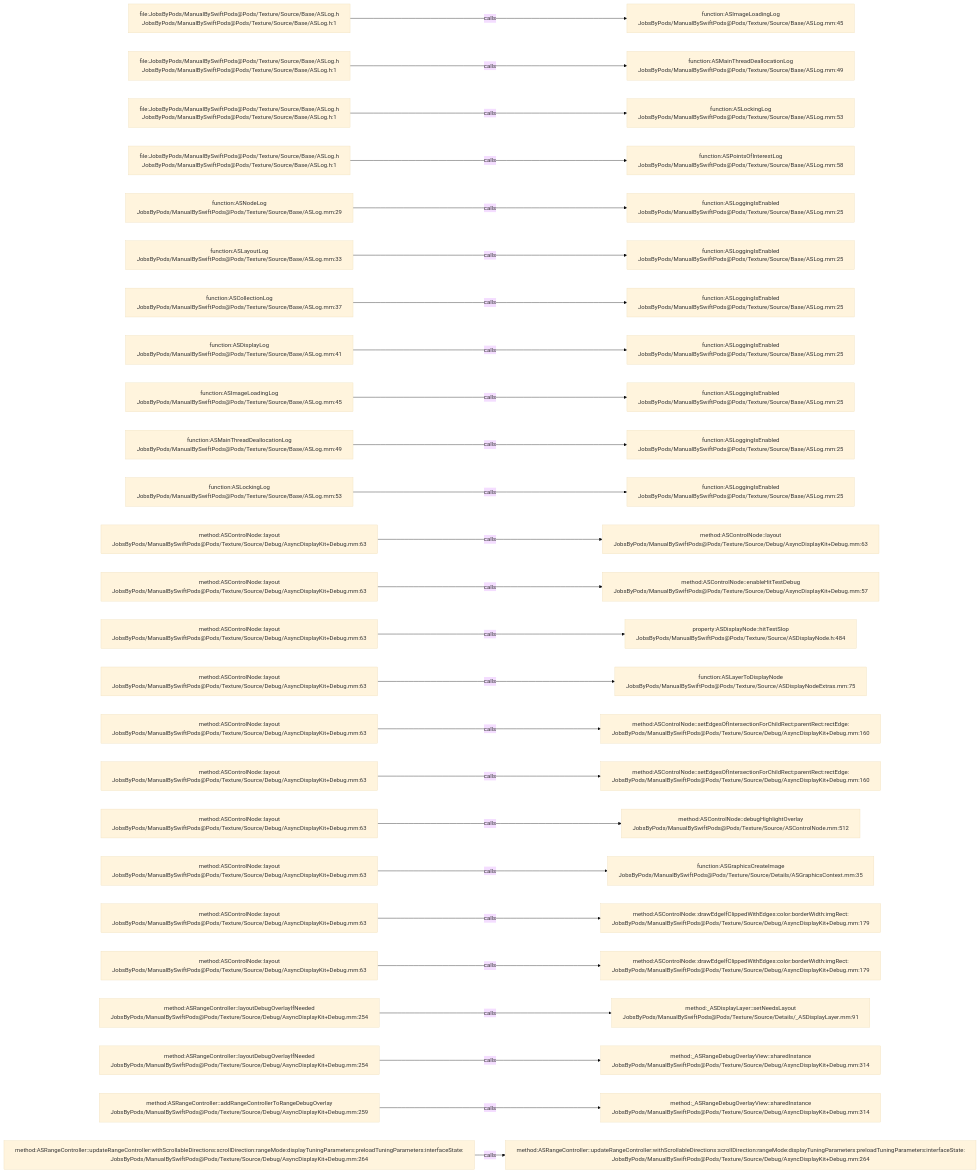
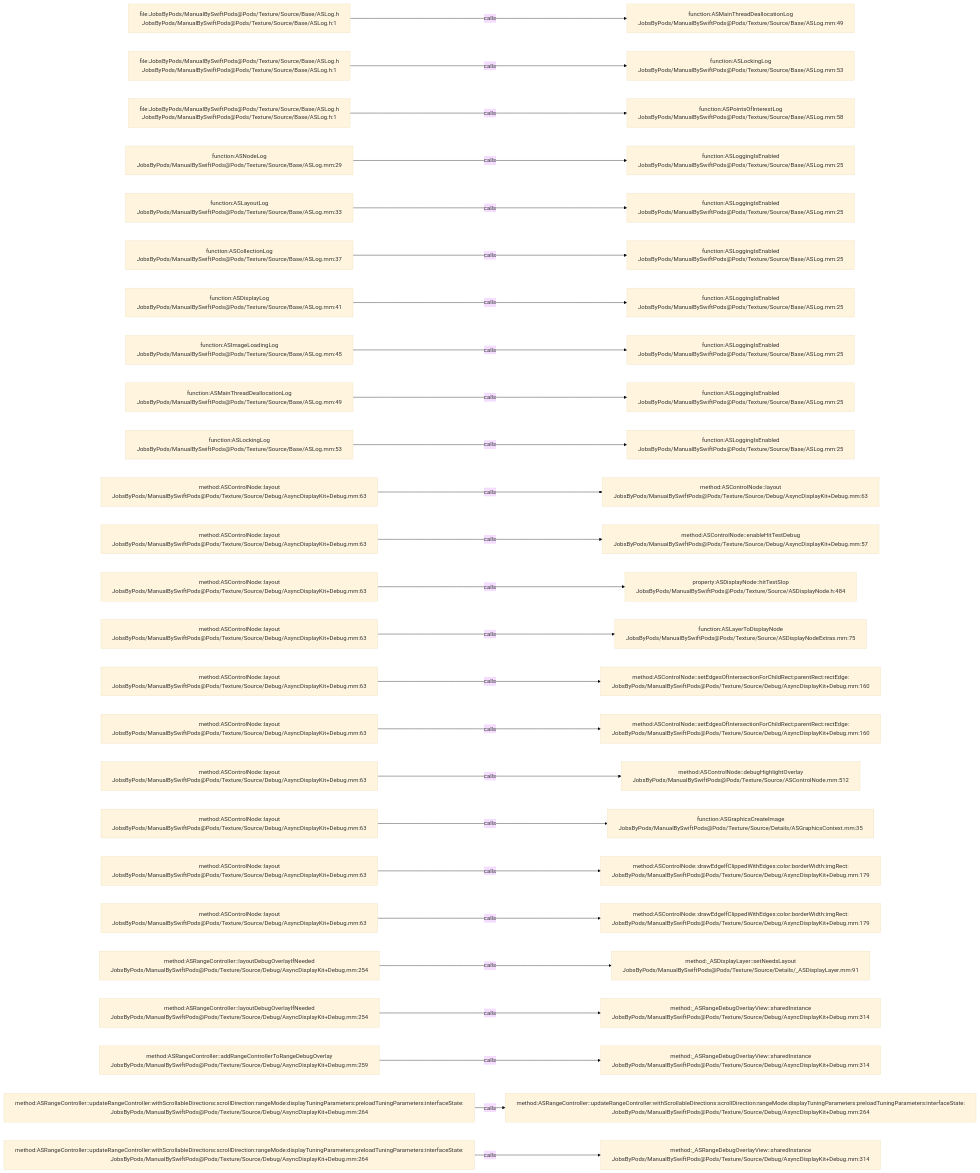
One commit to JobsKits/JobsSwiftBaseConfigDemo changed the diagram in .codegraph/codegraph.md/graphs/calls-079.md. Above: the diagram before and after it, drawn with Mermaid (base theme). The commit also changed 747 other files, not shown here.

````diff
--- a/.codegraph/codegraph.md/graphs/calls-079.md
+++ b/.codegraph/codegraph.md/graphs/calls-079.md
@@ -13,78 +13,78 @@
 ```mermaid
 flowchart LR
   S1["file:JobsByPods/ManualBySwiftPods@Pods/Texture/Source/Base/ASLog.h<br/>JobsByPods/ManualBySwiftPods@Pods/Texture/Source/Base/ASLog.h:1"]
-  T1["function:ASImageLoadingLog<br/>JobsByPods/ManualBySwiftPods@Pods/Texture/Source/Base/ASLog.mm:45"]
+  T1["function:ASMainThreadDeallocationLog<br/>JobsByPods/ManualBySwiftPods@Pods/Texture/Source/Base/ASLog.mm:49"]
   S1 -->|calls| T1
   S2["file:JobsByPods/ManualBySwiftPods@Pods/Texture/Source/Base/ASLog.h<br/>JobsByPods/ManualBySwiftPods@Pods/Texture/Source/Base/ASLog.h:1"]
-  T2["function:ASMainThreadDeallocationLog<br/>JobsByPods/ManualBySwiftPods@Pods/Texture/Source/Base/ASLog.mm:49"]
+  T2["function:ASLockingLog<br/>JobsByPods/ManualBySwiftPods@Pods/Texture/Source/Base/ASLog.mm:53"]
   S2 -->|calls| T2
   S3["file:JobsByPods/ManualBySwiftPods@Pods/Texture/Source/Base/ASLog.h<br/>JobsByPods/ManualBySwiftPods@Pods/Texture/Source/Base/ASLog.h:1"]
-  T3["function:ASLockingLog<br/>JobsByPods/ManualBySwiftPods@Pods/Texture/Source/Base/ASLog.mm:53"]
+  T3["function:ASPointsOfInterestLog<br/>JobsByPods/ManualBySwiftPods@Pods/Texture/Source/Base/ASLog.mm:58"]
   S3 -->|calls| T3
-  S4["file:JobsByPods/ManualBySwiftPods@Pods/Texture/Source/Base/ASLog.h<br/>JobsByPods/ManualBySwiftPods@Pods/Texture/Source/Base/ASLog.h:1"]
-  T4["function:ASPointsOfInterestLog<br/>JobsByPods/ManualBySwiftPods@Pods/Texture/Source/Base/ASLog.mm:58"]
+  S4["function:ASNodeLog<br/>JobsByPods/ManualBySwiftPods@Pods/Texture/Source/Base/ASLog.mm:29"]
+  T4["function:ASLoggingIsEnabled<br/>JobsByPods/ManualBySwiftPods@Pods/Texture/Source/Base/ASLog.mm:25"]
   S4 -->|calls| T4
-  S5["function:ASNodeLog<br/>JobsByPods/ManualBySwiftPods@Pods/Texture/Source/Base/ASLog.mm:29"]
+  S5["function:ASLayoutLog<br/>JobsByPods/ManualBySwiftPods@Pods/Texture/Source/Base/ASLog.mm:33"]
   T5["function:ASLoggingIsEnabled<br/>JobsByPods/ManualBySwiftPods@Pods/Texture/Source/Base/ASLog.mm:25"]
   S5 -->|calls| T5
-  S6["function:ASLayoutLog<br/>JobsByPods/ManualBySwiftPods@Pods/Texture/Source/Base/ASLog.mm:33"]
+  S6["function:ASCollectionLog<br/>JobsByPods/ManualBySwiftPods@Pods/Texture/Source/Base/ASLog.mm:37"]
   T6["function:ASLoggingIsEnabled<br/>JobsByPods/ManualBySwiftPods@Pods/Texture/Source/Base/ASLog.mm:25"]
   S6 -->|calls| T6
-  S7["function:ASCollectionLog<br/>JobsByPods/ManualBySwiftPods@Pods/Texture/Source/Base/ASLog.mm:37"]
+  S7["function:ASDisplayLog<br/>JobsByPods/ManualBySwiftPods@Pods/Texture/Source/Base/ASLog.mm:41"]
   T7["function:ASLoggingIsEnabled<br/>JobsByPods/ManualBySwiftPods@Pods/Texture/Source/Base/ASLog.mm:25"]
   S7 -->|calls| T7
-  S8["function:ASDisplayLog<br/>JobsByPods/ManualBySwiftPods@Pods/Texture/Source/Base/ASLog.mm:41"]
+  S8["function:ASImageLoadingLog<br/>JobsByPods/ManualBySwiftPods@Pods/Texture/Source/Base/ASLog.mm:45"]
   T8["function:ASLoggingIsEnabled<br/>JobsByPods/ManualBySwiftPods@Pods/Texture/Source/Base/ASLog.mm:25"]
   S8 -->|calls| T8
-  S9["function:ASImageLoadingLog<br/>JobsByPods/ManualBySwiftPods@Pods/Texture/Source/Base/ASLog.mm:45"]
+  S9["function:ASMainThreadDeallocationLog<br/>JobsByPods/ManualBySwiftPods@Pods/Texture/Source/Base/ASLog.mm:49"]
   T9["function:ASLoggingIsEnabled<br/>JobsByPods/ManualBySwiftPods@Pods/Texture/Source/Base/ASLog.mm:25"]
   S9 -->|calls| T9
-  S10["function:ASMainThreadDeallocationLog<br/>JobsByPods/ManualBySwiftPods@Pods/Texture/Source/Base/ASLog.mm:49"]
+  S10["function:ASLockingLog<br/>JobsByPods/ManualBySwiftPods@Pods/Texture/Source/Base/ASLog.mm:53"]
   T10["function:ASLoggingIsEnabled<br/>JobsByPods/ManualBySwiftPods@Pods/Texture/Source/Base/ASLog.mm:25"]
   S10 -->|calls| T10
-  S11["function:ASLockingLog<br/>JobsByPods/ManualBySwiftPods@Pods/Texture/Source/Base/ASLog.mm:53"]
-  T11["function:ASLoggingIsEnabled<br/>JobsByPods/ManualBySwiftPods@Pods/Texture/Source/Base/ASLog.mm:25"]
+  S11["method:ASControlNode::layout<br/>JobsByPods/ManualBySwiftPods@Pods/Texture/Source/Debug/AsyncDisplayKit+Debug.mm:63"]
+  T11["method:ASControlNode::layout<br/>JobsByPods/ManualBySwiftPods@Pods/Texture/Source/Debug/AsyncDisplayKit+Debug.mm:63"]
   S11 -->|calls| T11
   S12["method:ASControlNode::layout<br/>JobsByPods/ManualBySwiftPods@Pods/Texture/Source/Debug/AsyncDisplayKit+Debug.mm:63"]
-  T12["method:ASControlNode::layout<br/>JobsByPods/ManualBySwiftPods@Pods/Texture/Source/Debug/AsyncDisplayKit+Debug.mm:63"]
+  T12["method:ASControlNode::enableHitTestDebug<br/>JobsByPods/ManualBySwiftPods@Pods/Texture/Source/Debug/AsyncDisplayKit+Debug.mm:57"]
   S12 -->|calls| T12
   S13["method:ASControlNode::layout<br/>JobsByPods/ManualBySwiftPods@Pods/Texture/Source/Debug/AsyncDisplayKit+Debug.mm:63"]
-  T13["method:ASControlNode::enableHitTestDebug<br/>JobsByPods/ManualBySwiftPods@Pods/Texture/Source/Debug/AsyncDisplayKit+Debug.mm:57"]
+  T13["property:ASDisplayNode::hitTestSlop<br/>JobsByPods/ManualBySwiftPods@Pods/Texture/Source/ASDisplayNode.h:484"]
   S13 -->|calls| T13
   S14["method:ASControlNode::layout<br/>JobsByPods/ManualBySwiftPods@Pods/Texture/Source/Debug/AsyncDisplayKit+Debug.mm:63"]
-  T14["property:ASDisplayNode::hitTestSlop<br/>JobsByPods/ManualBySwiftPods@Pods/Texture/Source/ASDisplayNode.h:484"]
+  T14["function:ASLayerToDisplayNode<br/>JobsByPods/ManualBySwiftPods@Pods/Texture/Source/ASDisplayNodeExtras.mm:75"]
   S14 -->|calls| T14
   S15["method:ASControlNode::layout<br/>JobsByPods/ManualBySwiftPods@Pods/Texture/Source/Debug/AsyncDisplayKit+Debug.mm:63"]
-  T15["function:ASLayerToDisplayNode<br/>JobsByPods/ManualBySwiftPods@Pods/Texture/Source/ASDisplayNodeExtras.mm:75"]
+  T15["method:ASControlNode::setEdgesOfIntersectionForChildRect:parentRect:rectEdge:<br/>JobsByPods/ManualBySwiftPods@Pods/Texture/Source/Debug/AsyncDisplayKit+Debug.mm:160"]
   S15 -->|calls| T15
   S16["method:ASControlNode::layout<br/>JobsByPods/ManualBySwiftPods@Pods/Texture/Source/Debug/AsyncDisplayKit+Debug.mm:63"]
   T16["method:ASControlNode::setEdgesOfIntersectionForChildRect:parentRect:rectEdge:<br/>JobsByPods/ManualBySwiftPods@Pods/Texture/Source/Debug/AsyncDisplayKit+Debug.mm:160"]
   S16 -->|calls| T16
   S17["method:ASControlNode::layout<br/>JobsByPods/ManualBySwiftPods@Pods/Texture/Source/Debug/AsyncDisplayKit+Debug.mm:63"]
-  T17["method:ASControlNode::setEdgesOfIntersectionForChildRect:parentRect:rectEdge:<br/>JobsByPods/ManualBySwiftPods@Pods/Texture/Source/Debug/AsyncDisplayKit+Debug.mm:160"]
+  T17["method:ASControlNode::debugHighlightOverlay<br/>JobsByPods/ManualBySwiftPods@Pods/Texture/Source/ASControlNode.mm:512"]
   S17 -->|calls| T17
   S18["method:ASControlNode::layout<br/>JobsByPods/ManualBySwiftPods@Pods/Texture/Source/Debug/AsyncDisplayKit+Debug.mm:63"]
-  T18["method:ASControlNode::debugHighlightOverlay<br/>JobsByPods/ManualBySwiftPods@Pods/Texture/Source/ASControlNode.mm:512"]
+  T18["function:ASGraphicsCreateImage<br/>JobsByPods/ManualBySwiftPods@Pods/Texture/Source/Details/ASGraphicsContext.mm:35"]
   S18 -->|calls| T18
   S19["method:ASControlNode::layout<br/>JobsByPods/ManualBySwiftPods@Pods/Texture/Source/Debug/AsyncDisplayKit+Debug.mm:63"]
-  T19["function:ASGraphicsCreateImage<br/>JobsByPods/ManualBySwiftPods@Pods/Texture/Source/Details/ASGraphicsContext.mm:35"]
+  T19["method:ASControlNode::drawEdgeIfClippedWithEdges:color:borderWidth:imgRect:<br/>JobsByPods/ManualBySwiftPods@Pods/Texture/Source/Debug/AsyncDisplayKit+Debug.mm:179"]
   S19 -->|calls| T19
   S20["method:ASControlNode::layout<br/>JobsByPods/ManualBySwiftPods@Pods/Texture/Source/Debug/AsyncDisplayKit+Debug.mm:63"]
   T20["method:ASControlNode::drawEdgeIfClippedWithEdges:color:borderWidth:imgRect:<br/>JobsByPods/ManualBySwiftPods@Pods/Texture/Source/Debug/AsyncDisplayKit+Debug.mm:179"]
   S20 -->|calls| T20
-  S21["method:ASControlNode::layout<br/>JobsByPods/ManualBySwiftPods@Pods/Texture/Source/Debug/AsyncDisplayKit+Debug.mm:63"]
-  T21["method:ASControlNode::drawEdgeIfClippedWithEdges:color:borderWidth:imgRect:<br/>JobsByPods/ManualBySwiftPods@Pods/Texture/Source/Debug/AsyncDisplayKit+Debug.mm:179"]
+  S21["method:ASRangeController::layoutDebugOverlayIfNeeded<br/>JobsByPods/ManualBySwiftPods@Pods/Texture/Source/Debug/AsyncDisplayKit+Debug.mm:254"]
+  T21["method:_ASDisplayLayer::setNeedsLayout<br/>JobsByPods/ManualBySwiftPods@Pods/Texture/Source/Details/_ASDisplayLayer.mm:91"]
   S21 -->|calls| T21
   S22["method:ASRangeController::layoutDebugOverlayIfNeeded<br/>JobsByPods/ManualBySwiftPods@Pods/Texture/Source/Debug/AsyncDisplayKit+Debug.mm:254"]
-  T22["method:_ASDisplayLayer::setNeedsLayout<br/>JobsByPods/ManualBySwiftPods@Pods/Texture/Source/Details/_ASDisplayLayer.mm:91"]
+  T22["method:_ASRangeDebugOverlayView::sharedInstance<br/>JobsByPods/ManualBySwiftPods@Pods/Texture/Source/Debug/AsyncDisplayKit+Debug.mm:314"]
   S22 -->|calls| T22
-  S23["method:ASRangeController::layoutDebugOverlayIfNeeded<br/>JobsByPods/ManualBySwiftPods@Pods/Texture/Source/Debug/AsyncDisplayKit+Debug.mm:254"]
+  S23["method:ASRangeController::addRangeControllerToRangeDebugOverlay<br/>JobsByPods/ManualBySwiftPods@Pods/Texture/Source/Debug/AsyncDisplayKit+Debug.mm:259"]
   T23["method:_ASRangeDebugOverlayView::sharedInstance<br/>JobsByPods/ManualBySwiftPods@Pods/Texture/Source/Debug/AsyncDisplayKit+Debug.mm:314"]
   S23 -->|calls| T23
-  S24["method:ASRangeController::addRangeControllerToRangeDebugOverlay<br/>JobsByPods/ManualBySwiftPods@Pods/Texture/Source/Debug/AsyncDisplayKit+Debug.mm:259"]
-  T24["method:_ASRangeDebugOverlayView::sharedInstance<br/>JobsByPods/ManualBySwiftPods@Pods/Texture/Source/Debug/AsyncDisplayKit+Debug.mm:314"]
+  S24["method:ASRangeController::updateRangeController:withScrollableDirections:scrollDirection:rangeMode:displayTuningParameters:preloadTuningParameters:interfaceState:<br/>JobsByPods/ManualBySwiftPods@Pods/Texture/Source/Debug/AsyncDisplayKit+Debug.mm:264"]
+  T24["method:ASRangeController::updateRangeController:withScrollableDirections:scrollDirection:rangeMode:displayTuningParameters:preloadTuningParameters:interfaceState:<br/>JobsByPods/ManualBySwiftPods@Pods/Texture/Source/Debug/AsyncDisplayKit+Debug.mm:264"]
   S24 -->|calls| T24
   S25["method:ASRangeController::updateRangeController:withScrollableDirections:scrollDirection:rangeMode:displayTuningParameters:preloadTuningParameters:interfaceState:<br/>JobsByPods/ManualBySwiftPods@Pods/Texture/Source/Debug/AsyncDisplayKit+Debug.mm:264"]
-  T25["method:ASRangeController::updateRangeController:withScrollableDirections:scrollDirection:rangeMode:displayTuningParameters:preloadTuningParameters:interfaceState:<br/>JobsByPods/ManualBySwiftPods@Pods/Texture/Source/Debug/AsyncDisplayKit+Debug.mm:264"]
+  T25["method:_ASRangeDebugOverlayView::sharedInstance<br/>JobsByPods/ManualBySwiftPods@Pods/Texture/Source/Debug/AsyncDisplayKit+Debug.mm:314"]
   S25 -->|calls| T25
 ```
````
